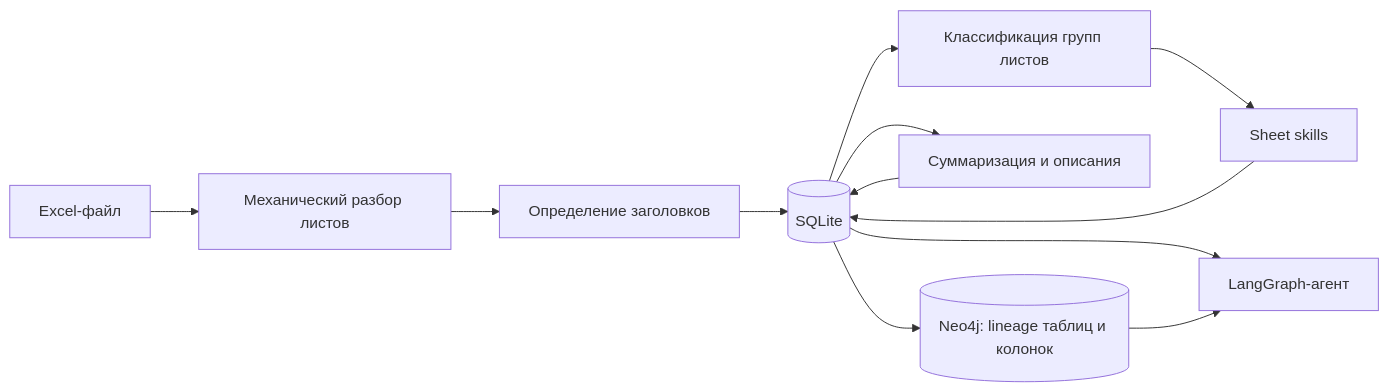
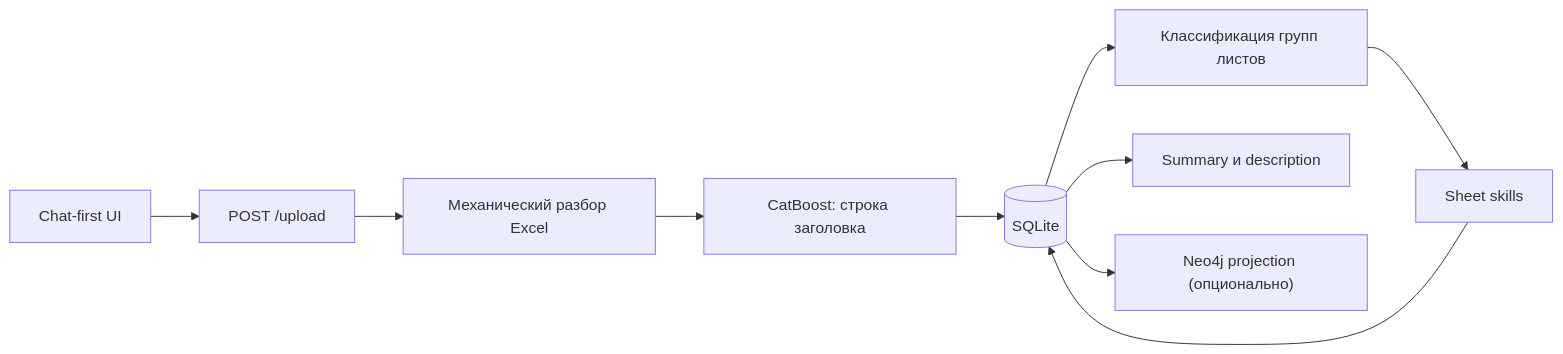
Before and after one commit to Sasyami/ETL-S2T-Parser: the first of 2 diagrams in README.md, drawn with Mermaid. The commit also changed other lines of this file, not shown here.

Commit message:
Rewrite README for current architecture

````diff
--- a/README.md
+++ b/README.md
@@ -21,14 +28,12 @@
 ```mermaid
 flowchart LR
-    U["Excel-файл"] --> P["Механический разбор листов"]
-    P --> H["Определение заголовков"]
-    H --> DB[("SQLite")]
-    DB --> C["Классификация групп листов"]
-    C --> S["Sheet skills"]
-    S --> DB
-    DB --> M["Суммаризация и описания"]
-    M --> DB
-    DB --> G[("Neo4j: lineage таблиц и колонок")]
-    DB --> A["LangGraph-агент"]
-    G --> A
+    UI["Chat-first UI"] --> API["POST /upload"]
+    API --> PARSE["Механический разбор Excel"]
+    PARSE --> HEADER["CatBoost: строка заголовка"]
+    HEADER --> SQLITE[("SQLite")]
+    SQLITE --> GROUPS["Классификация групп листов"]
+    GROUPS --> SKILLS["Sheet skills"]
+    SKILLS --> SQLITE
+    SQLITE --> SUMMARY["Summary и description"]
+    SQLITE --> GRAPH["Neo4j projection (опционально)"]
 ```
````
